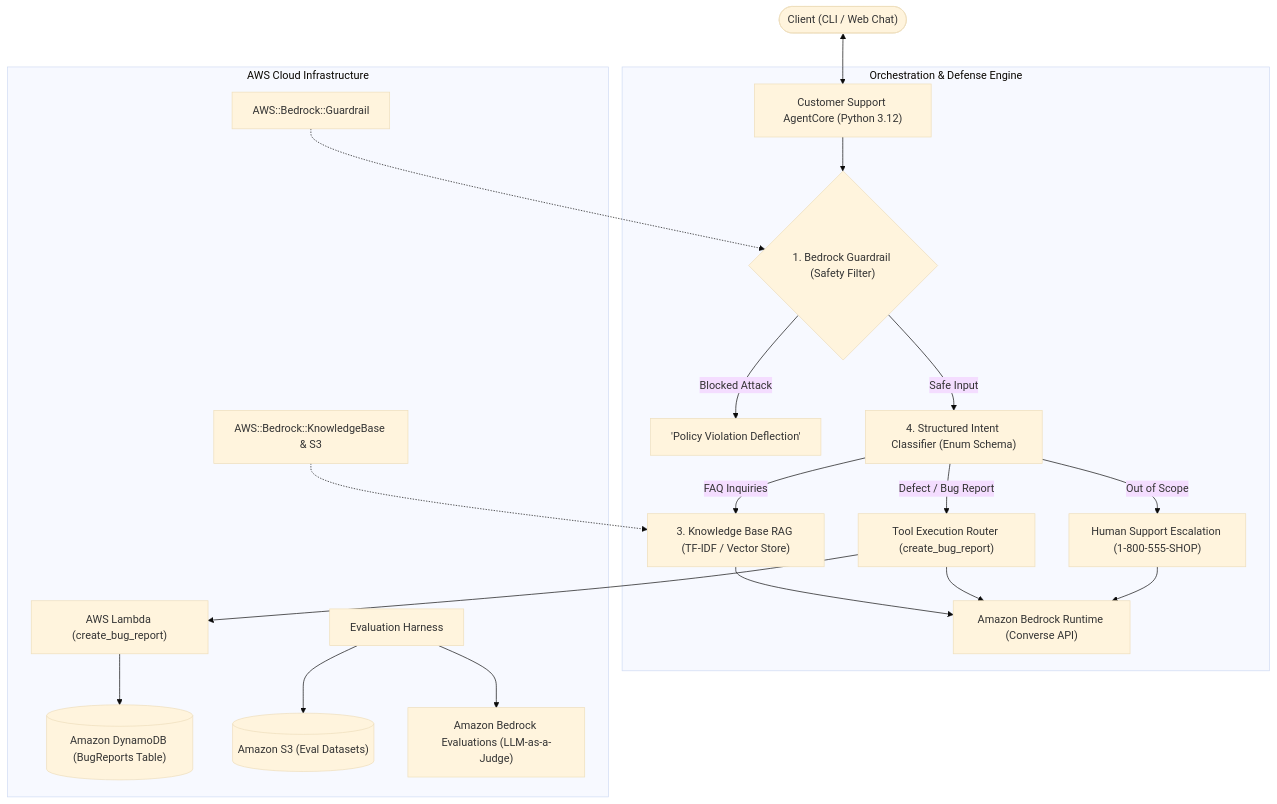
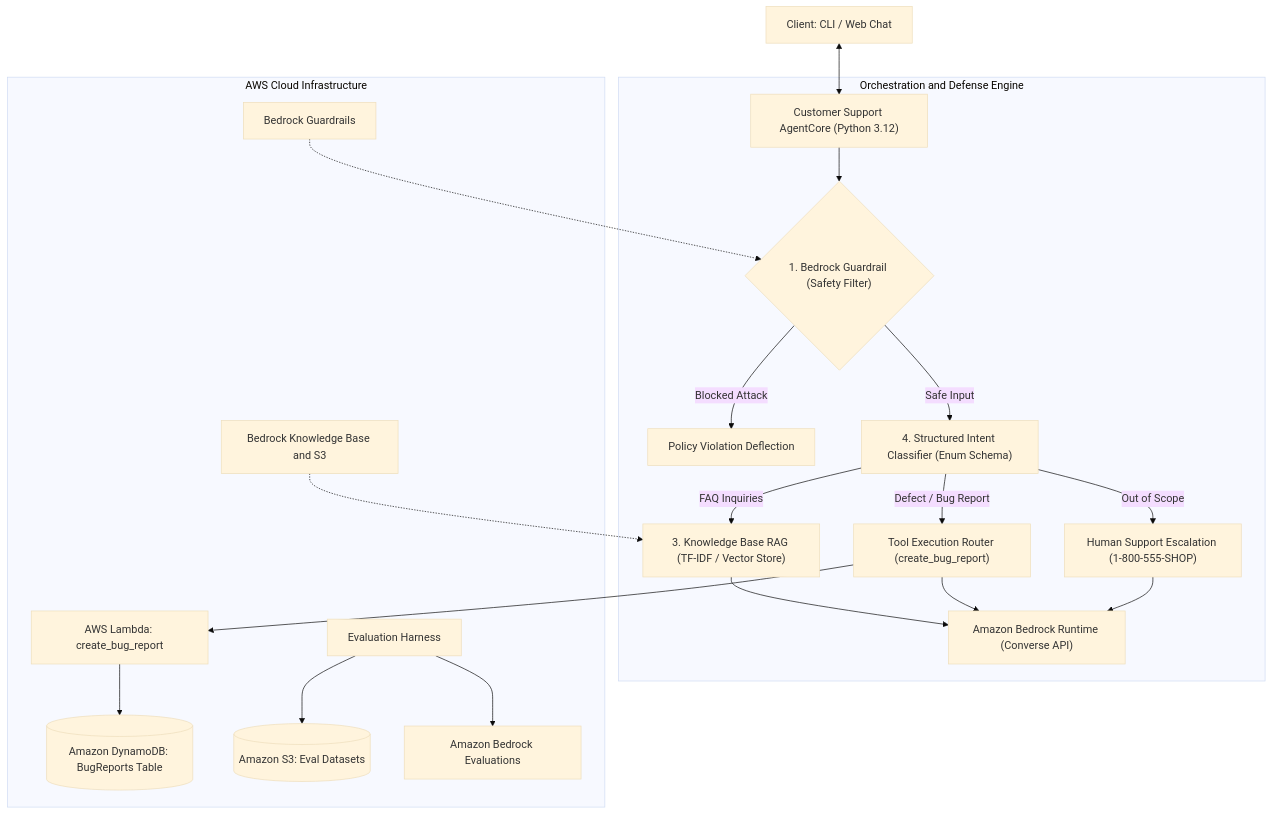
The first of 2 diagrams in README.md (abdalrahmanattya/customer-support-chatbot-aws-bedrock), drawn with Mermaid (base theme) before and after one commit. The commit also changed other lines of this file, not shown here.

Commit message:
docs: fix Mermaid syntax for GitHub rendering and update README capabilities

````diff
--- a/README.md
+++ b/README.md
@@ -24,28 +24,28 @@
 ```mermaid
 flowchart TD
-    Client(["Client (CLI / Web Chat)"]) <--> AgentCore["Customer Support AgentCore (Python 3.12)"]
+    Client["Client: CLI / Web Chat"] <--> AgentCore["Customer Support AgentCore (Python 3.12)"]
     
-    subgraph Orchestration & Defense Engine
+    subgraph Engine["Orchestration and Defense Engine"]
         AgentCore --> GuardrailFilter{"1. Bedrock Guardrail (Safety Filter)"}
-        GuardrailFilter -->|Blocked Attack| BlockedResponse["'Policy Violation Deflection'"]
+        GuardrailFilter -->|Blocked Attack| BlockedResponse["Policy Violation Deflection"]
         GuardrailFilter -->|Safe Input| IntentClassifier["4. Structured Intent Classifier (Enum Schema)"]
         
         IntentClassifier -->|FAQ Inquiries| RAGRetriever["3. Knowledge Base RAG (TF-IDF / Vector Store)"]
         IntentClassifier -->|Defect / Bug Report| ToolOrchestrator["Tool Execution Router (create_bug_report)"]
         IntentClassifier -->|Out of Scope| FallbackEngine["Human Support Escalation (1-800-555-SHOP)"]
         
         RAGRetriever --> BedrockAPI["Amazon Bedrock Runtime (Converse API)"]
         ToolOrchestrator --> BedrockAPI
         FallbackEngine --> BedrockAPI
     end
 
-    subgraph AWS Cloud Infrastructure
-        ToolOrchestrator --> LambdaFunc["AWS Lambda (create_bug_report)"]
-        LambdaFunc --> DynamoDBTable[("Amazon DynamoDB (BugReports Table)")]
+    subgraph AWS_Cloud["AWS Cloud Infrastructure"]
+        ToolOrchestrator --> LambdaFunc["AWS Lambda: create_bug_report"]
+        LambdaFunc --> DynamoDBTable[("Amazon DynamoDB: BugReports Table")]
         
-        GuardrailStack["AWS::Bedrock::Guardrail"] -.-> GuardrailFilter
-        KBStack["AWS::Bedrock::KnowledgeBase & S3"] -.-> RAGRetriever
-        EvalRunner["Evaluation Harness"] --> S3Bucket[("Amazon S3 (Eval Datasets)")]
-        EvalRunner --> BedrockEval["Amazon Bedrock Evaluations (LLM-as-a-Judge)"]
+        GuardrailStack["Bedrock Guardrails"] -.-> GuardrailFilter
+        KBStack["Bedrock Knowledge Base and S3"] -.-> RAGRetriever
+        EvalRunner["Evaluation Harness"] --> S3Bucket[("Amazon S3: Eval Datasets")]
+        EvalRunner --> BedrockEval["Amazon Bedrock Evaluations"]
     end
 ```
````
